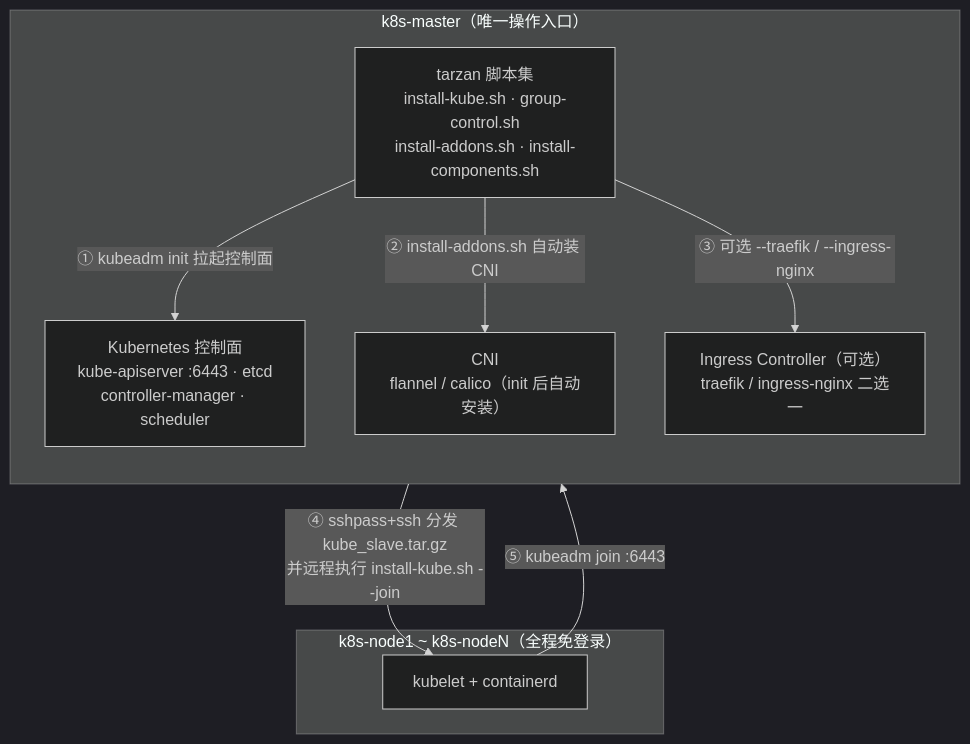
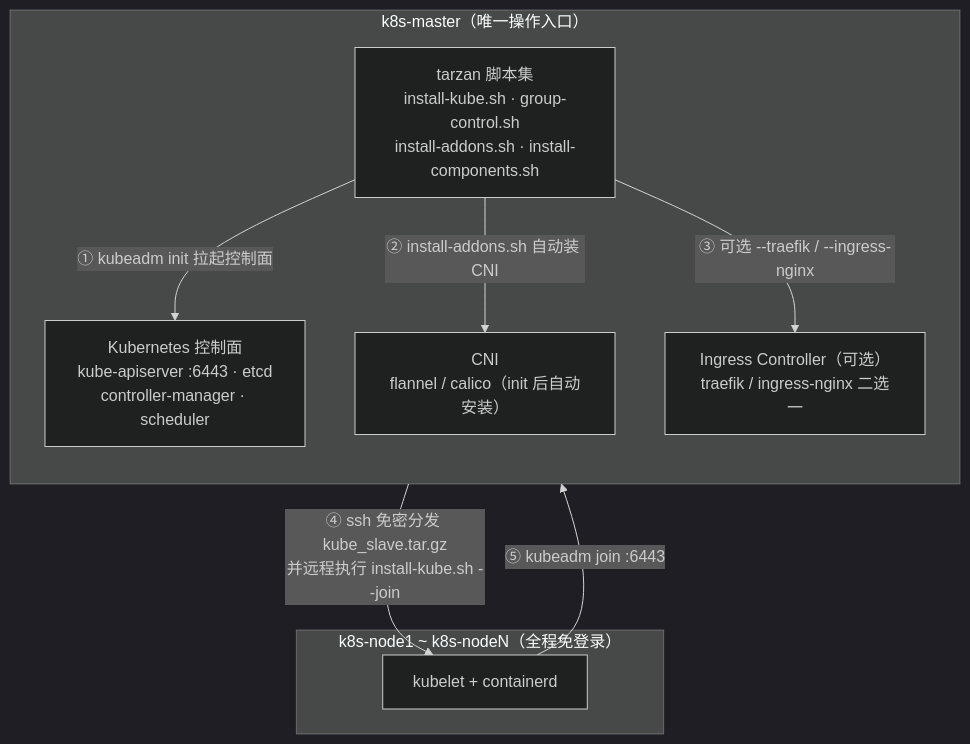
Before and after one commit to kamalyes/tarzan: the first of 2 diagrams in README.md, drawn with Mermaid (dark theme). The commit also changed other lines of this file and 4 other files, not shown here.

````diff
--- a/README.md
+++ b/README.md
@@ -9,20 +9,20 @@
 ```mermaid
 graph TB
     subgraph MASTER["k8s-master（唯一操作入口）"]
         direction TB
         SCRIPTS["tarzan 脚本集<br/>install-kube.sh · group-control.sh<br/>install-addons.sh · install-components.sh"]
         CP["Kubernetes 控制面<br/>kube-apiserver :6443 · etcd<br/>controller-manager · scheduler"]
         CNI["CNI<br/>flannel / calico（init 后自动安装）"]
         ING["Ingress Controller（可选）<br/>traefik / ingress-nginx 二选一"]
     end
 
     subgraph SLAVES["k8s-node1 ~ k8s-nodeN（全程免登录）"]
         NODE["kubelet + containerd"]
     end
 
     SCRIPTS -- "① kubeadm init 拉起控制面" --> CP
     SCRIPTS -- "② install-addons.sh 自动装 CNI" --> CNI
     SCRIPTS -- "③ 可选 --traefik / --ingress-nginx" --> ING
-    SCRIPTS -- "④ sshpass+ssh 分发 kube_slave.tar.gz<br/>并远程执行 install-kube.sh --join" --> NODE
+    SCRIPTS -- "④ ssh 免密分发 kube_slave.tar.gz<br/>并远程执行 install-kube.sh --join" --> NODE
     NODE -- "⑤ kubeadm join :6443" --> CP
 ```
````
